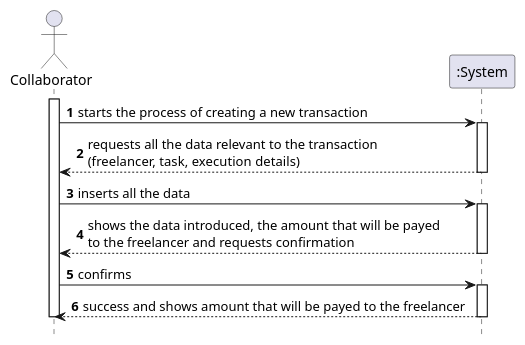
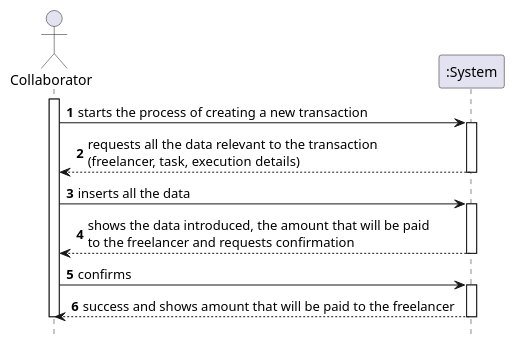
One commit to botelho-io/lapr2-2020-g029 changed the diagram in docs/UC_01/SSD.puml. Above: the diagram before and after it, drawn with PlantUML. The commit also changed 23 other files, not shown here.

Commit message:
Spelling fixes "payed" ---> "paid"

```diff
--- a/docs/UC_01/SSD.puml
+++ b/docs/UC_01/SSD.puml
@@ -1,30 +1,30 @@
 @startuml SSD
 hide footbox
 autonumber
 actor "Collaborator" as C
 participant ":System" as S
 
 'The collaborator starts the process of creating a new transaction.
 'The system requests all the data relevant to the transaction (freelancer, task, execution details).
 'The collaborator inserts all the data.
 'The systems shows the data introduced and requests confirmation.
 'The collaborator confirms.
-'The system validates and stores the data and informs the collaborator of the success of the operation and the amount that will be payed to the freelancer.
+'The system validates and stores the data and informs the collaborator of the success of the operation and the amount that will be paid to the freelancer.
 
 
 activate C
         C -> S : starts the process of creating a new transaction
         activate S
                 S --> C: requests all the data relevant to the transaction \n(freelancer, task, execution details)
         deactivate S
         C -> S : inserts all the data
         activate S
-                S --> C: shows the data introduced, the amount that will be payed \nto the freelancer and requests confirmation
+                S --> C: shows the data introduced, the amount that will be paid \nto the freelancer and requests confirmation
         deactivate S
         C -> S : confirms
         activate S
-                S --> C: success and shows amount that will be payed to the freelancer
+                S --> C: success and shows amount that will be paid to the freelancer
         deactivate S
 deactivate C
 
 @enduml
```
